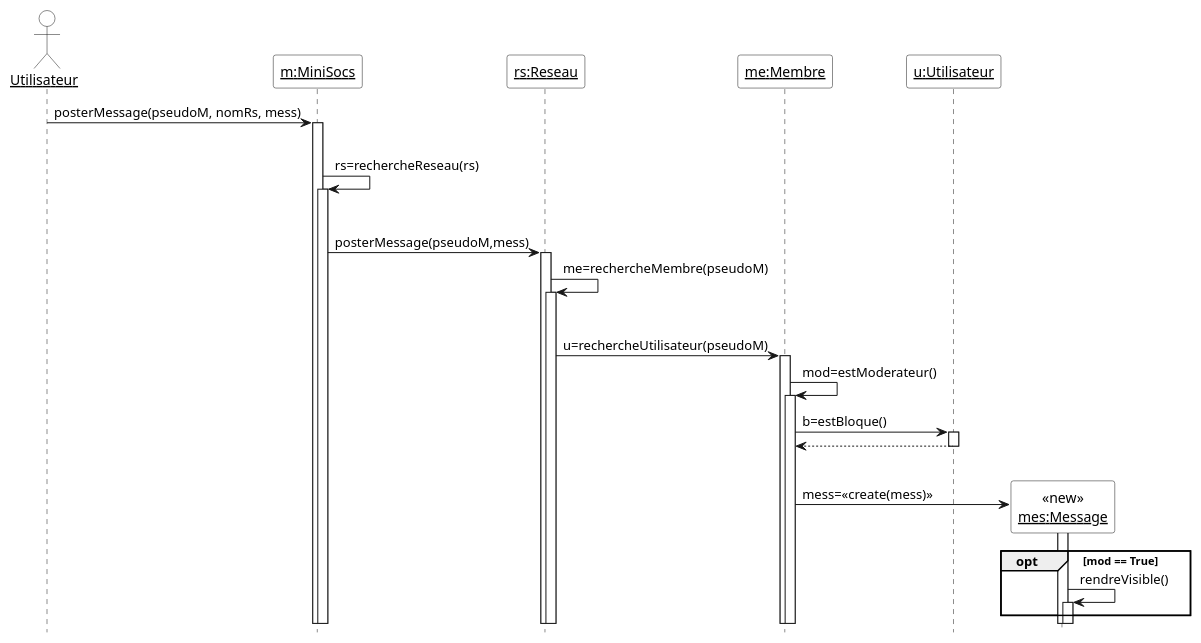
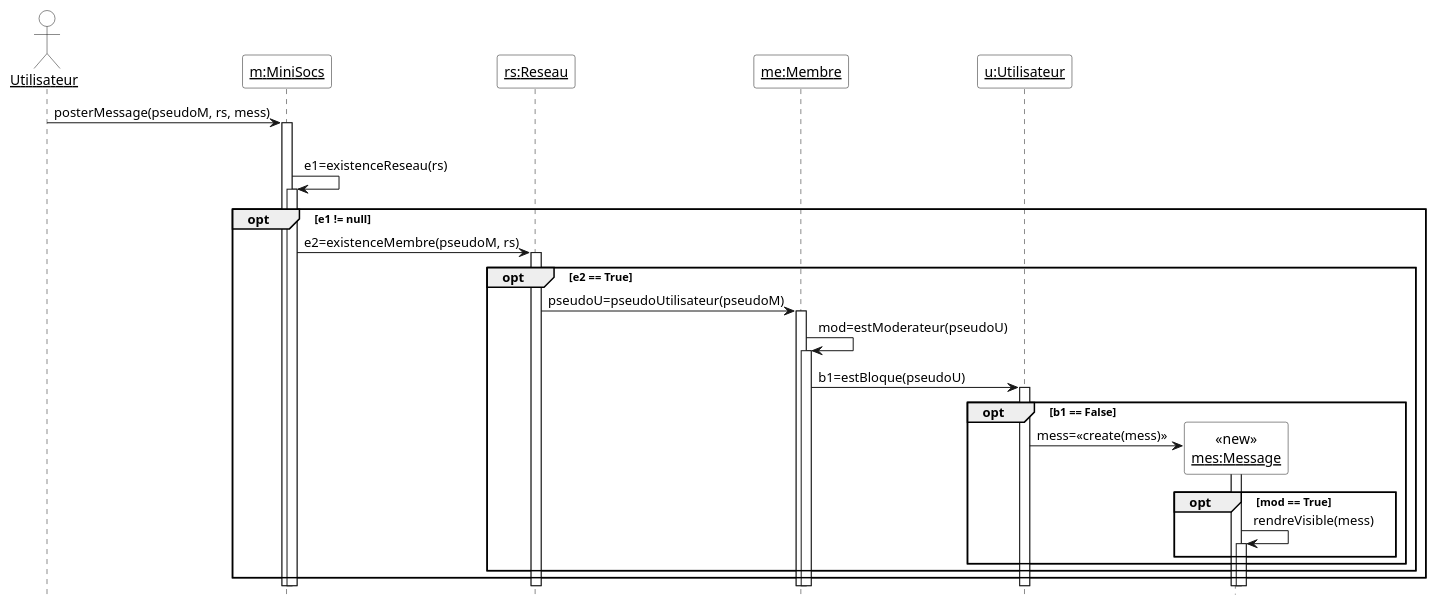
Before and after one commit to HugoKD/MiniSoc: the diagram in Diagrammes/minisocs_uml_diag_poster_mess.pu, drawn with PlantUML. The commit also changed 1 other file, not shown here.

Commit message:
update des diagrammes

```diff
--- a/Diagrammes/minisocs_uml_diag_poster_mess.pu
+++ b/Diagrammes/minisocs_uml_diag_poster_mess.pu
@@ -1,36 +1,36 @@
 @startuml
 
 'Diagramme de séquence (PlantUML)'
 
 'Configuration charte graphique'
 hide footbox
 skinparam sequenceParticipantBackgroundColor White
 skinparam sequenceActorBackgroundColor White
 
 'Déclaration des acteurs et des participants (déjà existants avant la séquence)'
 actor "__Utilisateur__" as user
 participant "__m:MiniSocs__" as m
 participant "__rs:Reseau__" as rs
 participant "__me:Membre__" as me
 participant "__u:Utilisateur__" as u
 
 'Séquence avec les messages, les créations de participants, etc.'
-user -> m ++ : posterMessage(pseudoM, nomRs, mess)
+user -> m ++ : posterMessage(pseudoM, rs, mess)
 opt pseudoM, rs, mess non null ∧ non vide
-  m -> m ++ : rs=rechercheReseau(rs)
-  opt rs != null
-    m -> rs ++ : posterMessage(pseudoM,mess)
-    rs -> rs++ : me=rechercheMembre(pseudoM)
-    opt me != null 
-    	rs->me++ : u=rechercheUtilisateur(pseudoM)
-    	me -> me ++ : mod=estModerateur()
-    	me->u++ : b=estBloque()
-    	return
-    	opt b == False
-        	create "<<new>>\n__mes:Message__" as mess
-        	me -> "__mes:Message__" as mess ++ : mess=<<create(mess)>>
+  m -> m ++ : e1=existenceReseau(rs)
+  opt e1 != null
+    m -> rs ++ : e2=existenceMembre(pseudoM, rs)
+    opt e2 == True
+      rs -> me ++ : pseudoU=pseudoUtilisateur(pseudoM)
+      me -> me ++ : mod=estModerateur(pseudoU)
+      me -> u ++ : b1=estBloque(pseudoU)
+      opt b1 == False
+        create "<<new>>\n__mes:Message__" as mess
+        u -> "__mes:Message__" as mess ++ : mess=<<create(mess)>>
         opt mod == True
-          mess -> mess ++ : rendreVisible()
-      	   
+          mess -> mess ++ : rendreVisible(mess)
+	end
+    end
+  end    
 end
 @enduml
```
